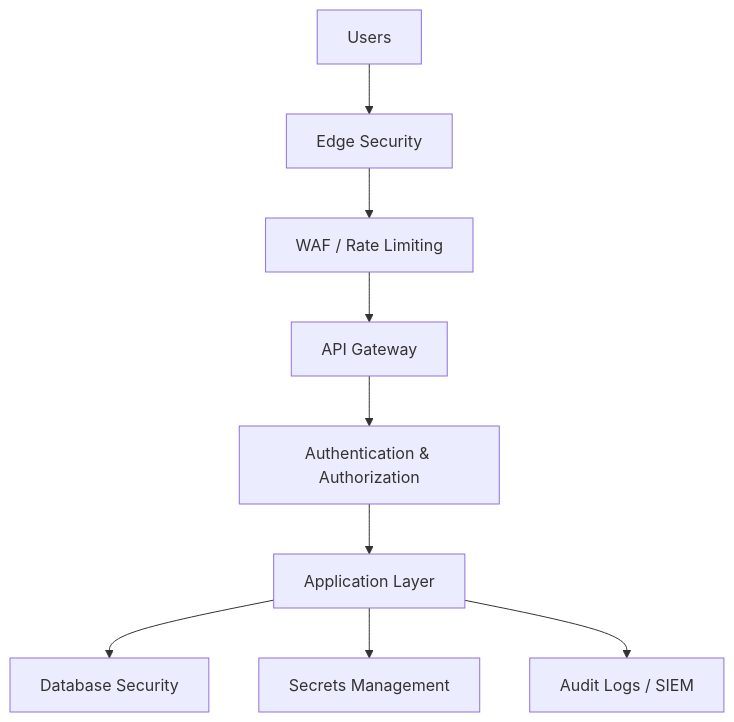
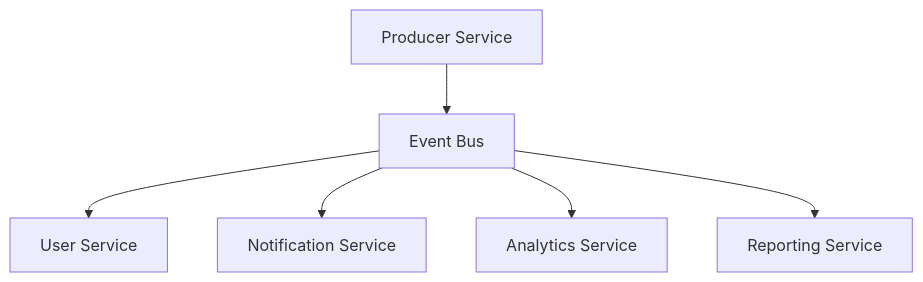
The fifth of 26 diagrams in ARCHITECTURE.md (quesiblaq442-del/architecture-diagram), drawn with Mermaid before and after one commit. The commit also changed other lines of this file, not shown here.

Commit message:
Refresh the architecture document for a more polished, eye-catching overview

````diff
--- a/ARCHITECTURE.md
+++ b/ARCHITECTURE.md
@@ -103,11 +148,8 @@
 ```mermaid
 graph TB
-    Users["Users"] --> Edge["Edge Security"]
-    Edge --> WAF["WAF / Rate Limiting"]
-    WAF --> Gateway["API Gateway"]
-    Gateway --> Auth["Authentication & Authorization"]
-    Auth --> App["Application Layer"]
-    App --> DB["Database Security"]
-    App --> Secrets["Secrets Management"]
-    App --> Logs["Audit Logs / SIEM"]
+    Producer["Producer Service"] --> Bus["Event Bus"]
+    Bus --> Consumer1["User Service"]
+    Bus --> Consumer2["Notification Service"]
+    Bus --> Consumer3["Analytics Service"]
+    Bus --> Consumer4["Reporting Service"]
 ```
````
